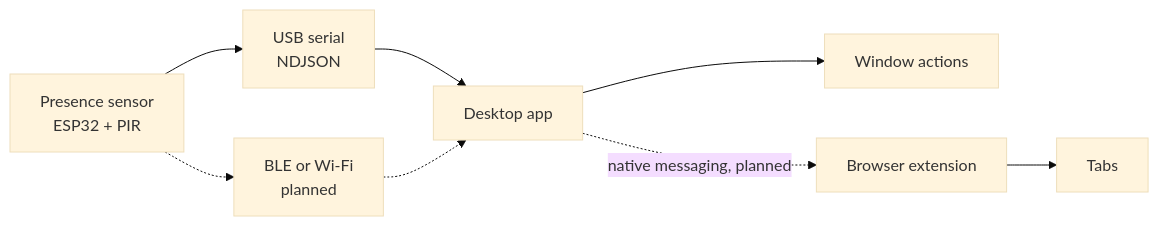
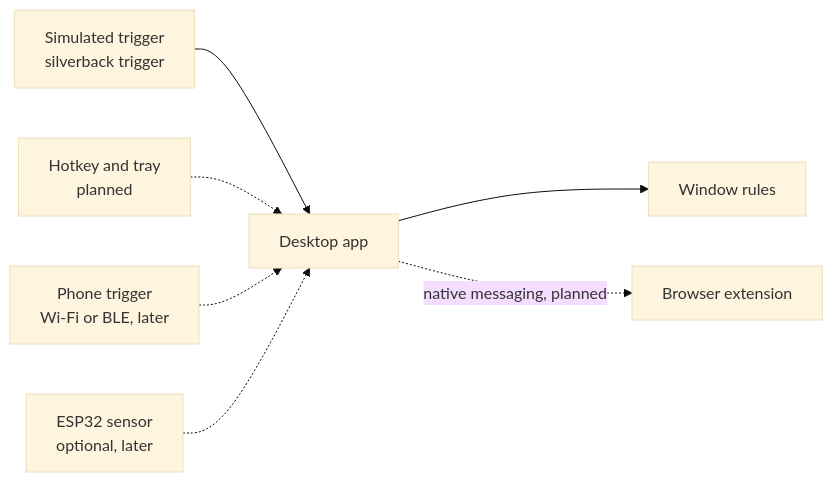
The diagram in README.md (wsiebenthal/silverback), drawn with Mermaid (base theme) before and after one commit. The commit also changed other lines of this file and 4 other files, not shown here.

````diff
--- a/README.md
+++ b/README.md
@@ -15,16 +70,17 @@
 ```mermaid
 flowchart LR
-  sensor["Presence sensor<br/>ESP32 + PIR"]
-  serial["USB serial<br/>NDJSON"]
-  wireless["BLE or Wi-Fi<br/>planned"]
+  sim["Simulated trigger<br/>silverback trigger"]
+  hotkey["Hotkey and tray<br/>planned"]
+  phone["Phone trigger<br/>Wi-Fi or BLE, later"]
+  hw["ESP32 sensor<br/>optional, later"]
   desktop["Desktop app"]
-  windows["Window actions"]
+  windows["Window rules"]
   ext["Browser extension"]
-  tabs["Tabs"]
 
-  sensor --> serial --> desktop
-  sensor -.-> wireless -.-> desktop
+  sim --> desktop
+  hotkey -.-> desktop
+  phone -.-> desktop
+  hw -.-> desktop
   desktop --> windows
   desktop -.->|"native messaging, planned"| ext
-  ext --> tabs
 ```
````
